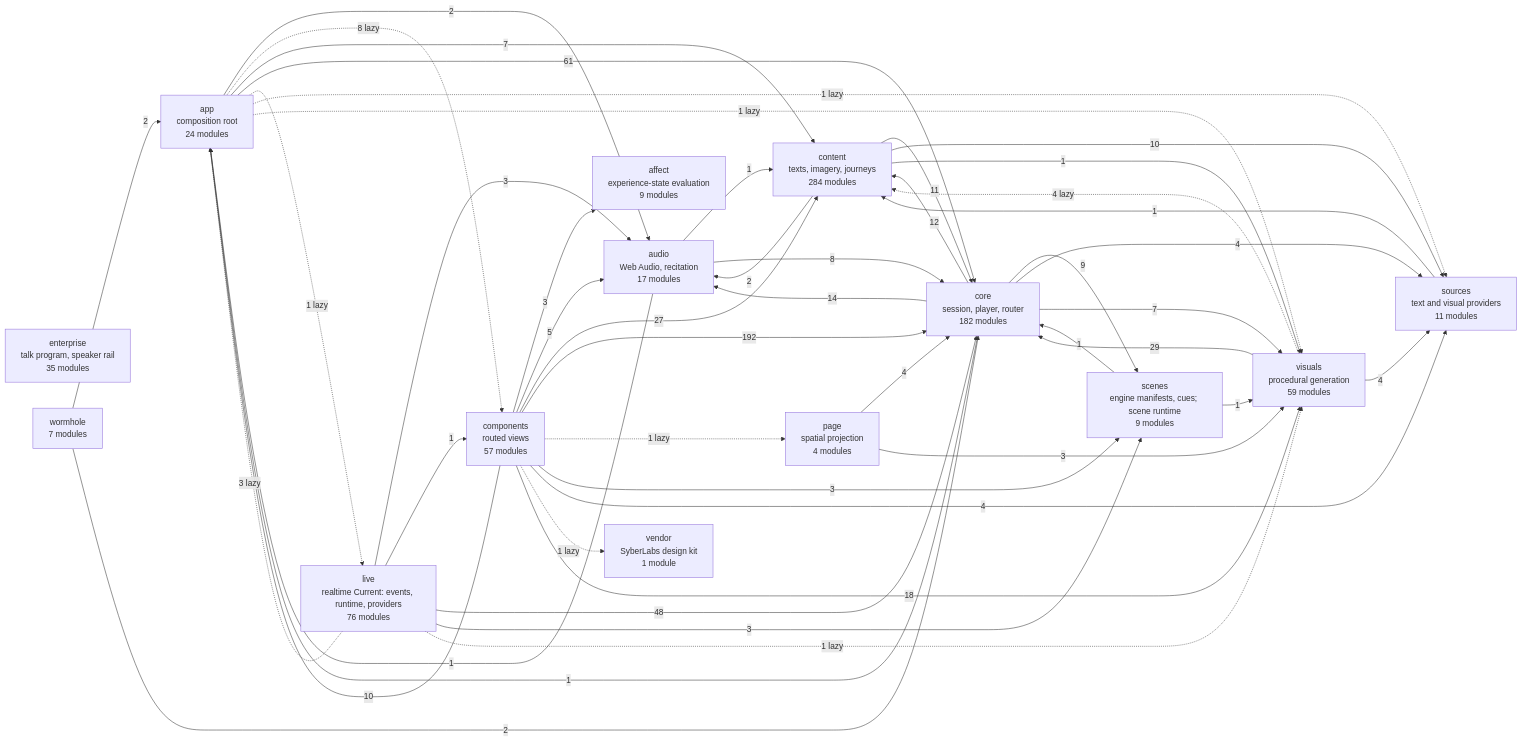
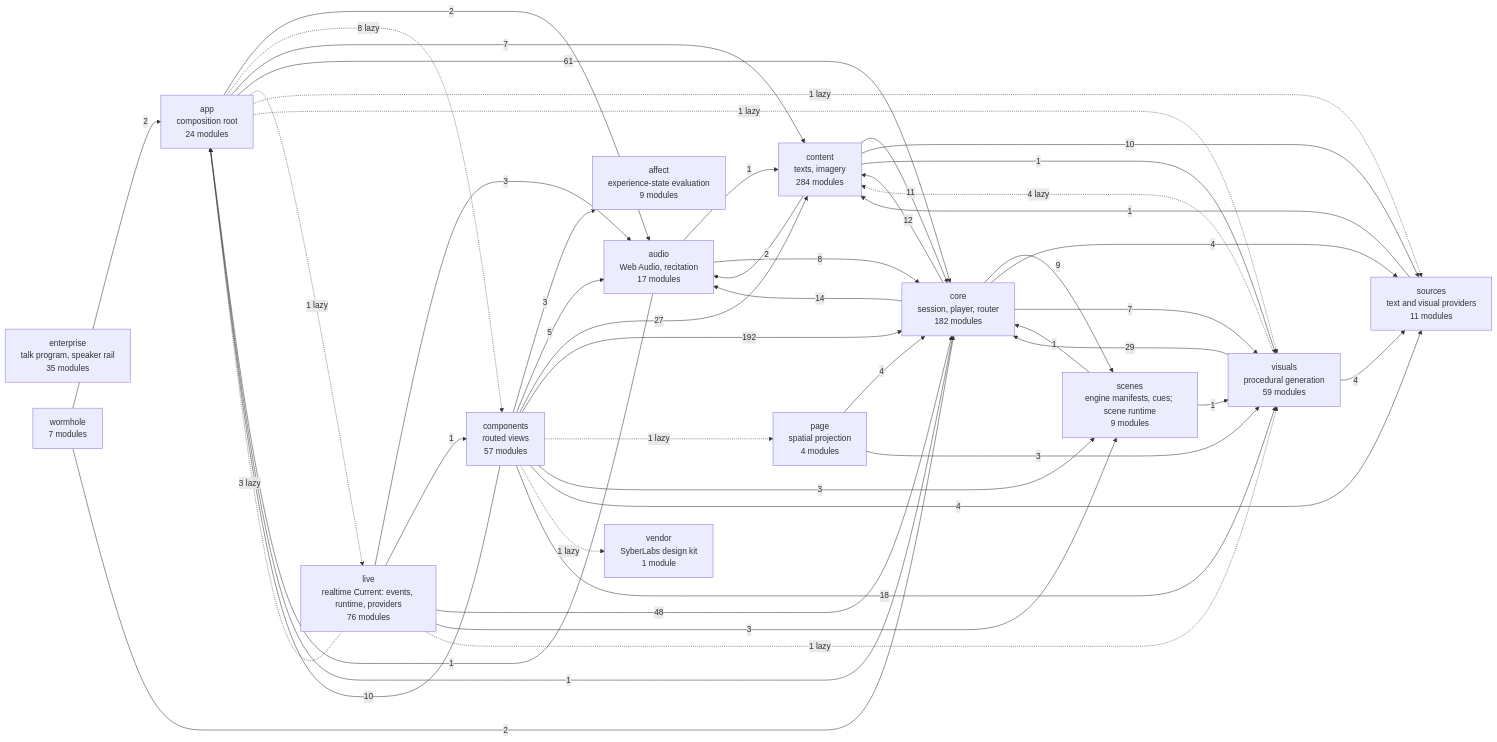
Before and after one commit to SyberLabs/RISE: the diagram in docs/specs/ARCHITECTURE.md, drawn with Mermaid. The commit also changed other lines of this file and 2 other files, not shown here.

Commit message:
Keep the architecture guards true after the deletions

````diff
--- a/docs/specs/ARCHITECTURE.md
+++ b/docs/specs/ARCHITECTURE.md
@@ -161,64 +161,64 @@
 ```mermaid
 flowchart LR
     affect["affect<br/>experience-state evaluation<br/>9 modules"]
     app["app<br/>composition root<br/>24 modules"]
     audio["audio<br/>Web Audio, recitation<br/>17 modules"]
     components["components<br/>routed views<br/>57 modules"]
-    content["content<br/>texts, imagery, journeys<br/>284 modules"]
+    content["content<br/>texts, imagery<br/>284 modules"]
     core["core<br/>session, player, router<br/>182 modules"]
     enterprise["enterprise<br/>talk program, speaker rail<br/>35 modules"]
     live["live<br/>realtime Current: events, runtime, providers<br/>76 modules"]
     page["page<br/>spatial projection<br/>4 modules"]
     scenes["scenes<br/>engine manifests, cues; scene runtime<br/>9 modules"]
     sources["sources<br/>text and visual providers<br/>11 modules"]
     vendor["vendor<br/>SyberLabs design kit<br/>1 module"]
     visuals["visuals<br/>procedural generation<br/>59 modules"]
     wormhole["wormhole<br/>7 modules"]
 
     app --> |2| audio
     app -.-> |8 lazy| components
     app --> |7| content
     app --> |61| core
     app -.-> |1 lazy| live
     app -.-> |1 lazy| sources
     app -.-> |1 lazy| visuals
     audio --> |1| app
     audio --> |1| content
     audio --> |8| core
     components --> |3| affect
     components --> |10| app
     components --> |5| audio
     components --> |27| content
     components --> |192| core
     components -.-> |1 lazy| page
     components --> |3| scenes
     components --> |4| sources
     components -.-> |1 lazy| vendor
     components --> |18| visuals
     content --> |2| audio
     content --> |11| core
     content --> |10| sources
     content --> |1| visuals
     core --> |1| app
     core --> |14| audio
     core --> |12| content
     core --> |9| scenes
     core --> |4| sources
     core --> |7| visuals
     live -.-> |3 lazy| app
     live --> |3| audio
     live --> |1| components
     live --> |48| core
     live --> |3| scenes
     live -.-> |1 lazy| visuals
     page --> |4| core
     page --> |3| visuals
     scenes --> |1| core
     scenes --> |1| visuals
     sources --> |1| content
     visuals -.-> |4 lazy| content
     visuals --> |29| core
     visuals --> |4| sources
     wormhole --> |2| app
     wormhole --> |2| core
 ```
````
